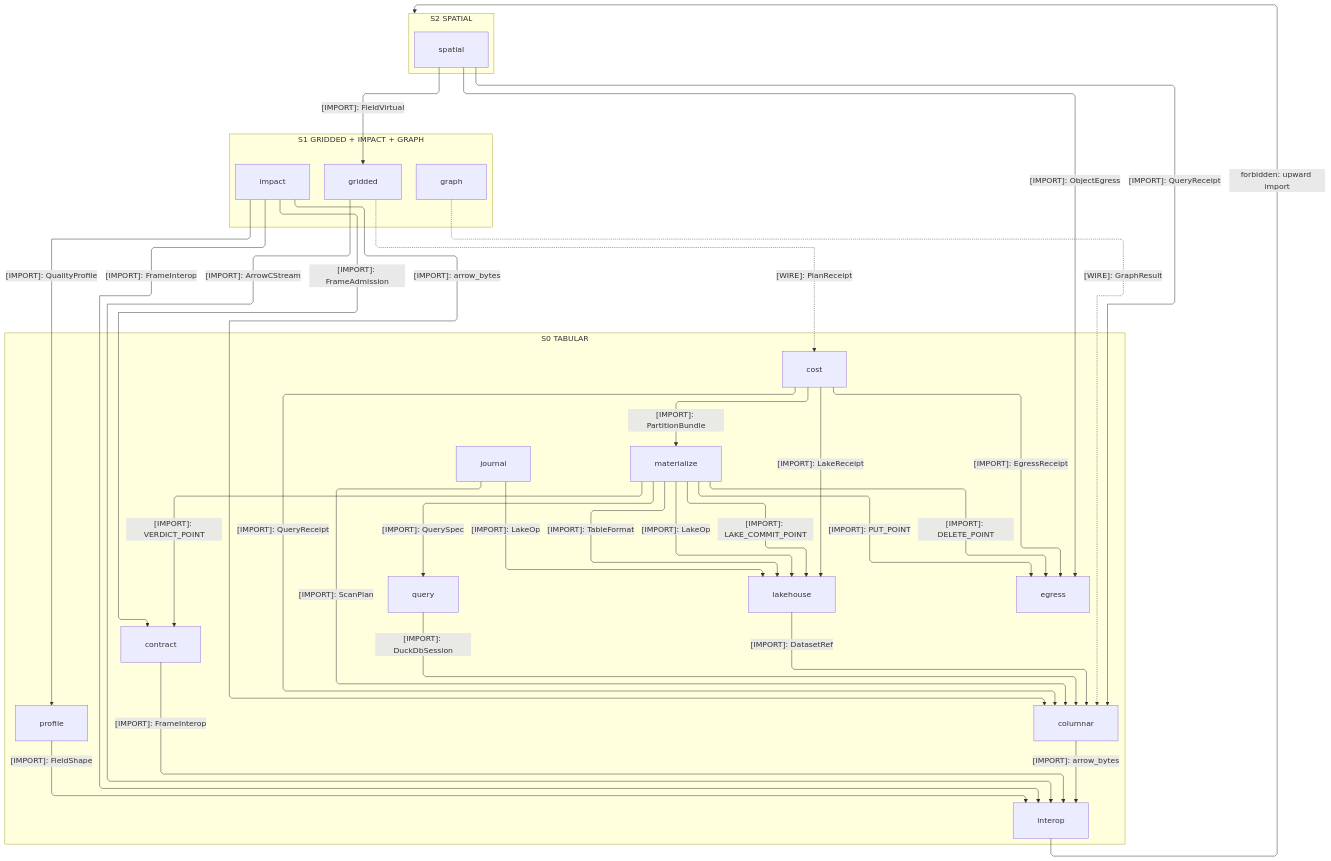
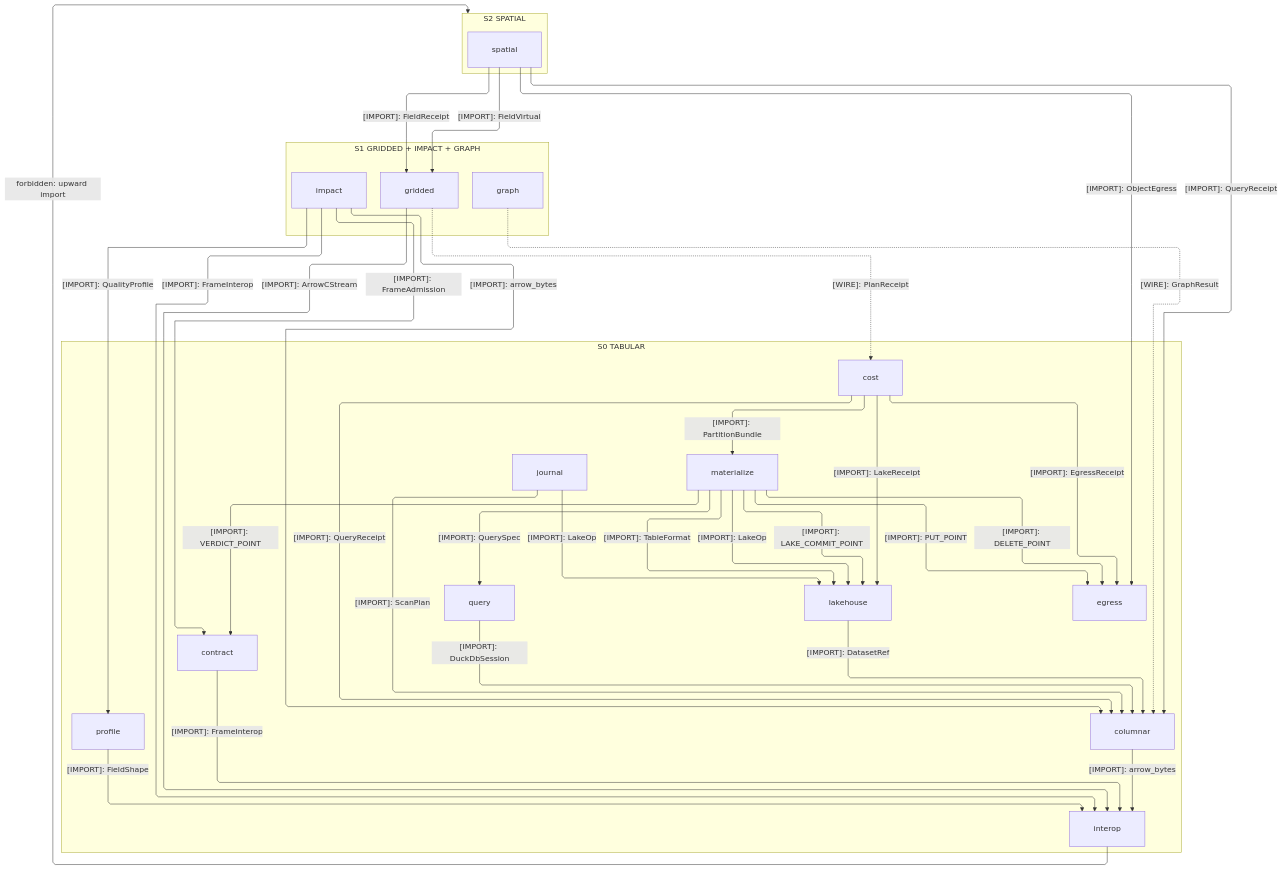
The first of 4 diagrams in libs/python/data/ARCHITECTURE.md (bsamiee/Rasm), drawn with Mermaid before and after one commit. The commit also changed other lines of this file and 84 other files, not shown here.

````diff
--- a/libs/python/data/ARCHITECTURE.md
+++ b/libs/python/data/ARCHITECTURE.md
@@ -41,63 +48,64 @@
 ```mermaid
 ---
 config:
   layout: elk
   flowchart:
     curve: linear
     padding: 25
 ---
 flowchart TB
     accTitle: Data interior import strata
     accDescr: Spatial composes the middle tier over the tabular floor; labeled edges name imported owners, and dashed edges carry wire data.
     subgraph D2["S2 SPATIAL"]
         Spatial[spatial]
     end
     subgraph D1["S1 GRIDDED + IMPACT + GRAPH"]
         Graph[graph]
         Impact[impact]
         Gridded[gridded]
     end
     subgraph D0["S0 TABULAR"]
         Journal[journal]
         Cost[cost]
         Egress[egress]
         Materialize[materialize]
         Query[query]
         Lakehouse[lakehouse]
         Columnar[columnar]
         Contract[contract]
         Profile[profile]
         Interop[interop]
     end
     Spatial s1@-->|"[IMPORT]: QueryReceipt"| Columnar
     Spatial s2@-->|"[IMPORT]: ObjectEgress"| Egress
     Spatial s3@-->|"[IMPORT]: FieldVirtual"| Gridded
+    Spatial s29@-->|"[IMPORT]: FieldReceipt"| Gridded
     Gridded s4@-->|"[IMPORT]: ArrowCStream"| Interop
     Impact s5@-->|"[IMPORT]: FrameAdmission"| Contract
     Impact s6@-->|"[IMPORT]: QualityProfile"| Profile
     Impact s7@-->|"[IMPORT]: FrameInterop"| Interop
     Impact s8@-->|"[IMPORT]: arrow_bytes"| Columnar
     Graph s9@-.->|"[WIRE]: GraphResult"| Columnar
     Journal s26@-->|"[IMPORT]: LakeOp"| Lakehouse
     Journal s27@-->|"[IMPORT]: ScanPlan"| Columnar
     Materialize s10@-->|"[IMPORT]: QuerySpec"| Query
     Materialize s11@-->|"[IMPORT]: TableFormat"| Lakehouse
     Materialize s25@-->|"[IMPORT]: LakeOp"| Lakehouse
     Materialize s12@-->|"[IMPORT]: LAKE_COMMIT_POINT"| Lakehouse
     Materialize s13@-->|"[IMPORT]: VERDICT_POINT"| Contract
     Materialize s14@-->|"[IMPORT]: PUT_POINT"| Egress
     Materialize s15@-->|"[IMPORT]: DELETE_POINT"| Egress
     Query s16@-->|"[IMPORT]: DuckDbSession"| Columnar
     Lakehouse s17@-->|"[IMPORT]: DatasetRef"| Columnar
     Contract s18@-->|"[IMPORT]: FrameInterop"| Interop
     Columnar s28@-->|"[IMPORT]: arrow_bytes"| Interop
     Profile s19@-->|"[IMPORT]: FieldShape"| Interop
     Cost s20@-->|"[IMPORT]: QueryReceipt"| Columnar
     Cost s21@-->|"[IMPORT]: LakeReceipt"| Lakehouse
     Cost s22@-->|"[IMPORT]: PartitionBundle"| Materialize
     Cost s23@-->|"[IMPORT]: EgressReceipt"| Egress
     Gridded s24@-.->|"[WIRE]: PlanReceipt"| Cost
     Spatial ~~~ Impact
     Spatial ~~~ Graph
     Interop f1@-->|"forbidden: upward import"| D2
 ```
````
